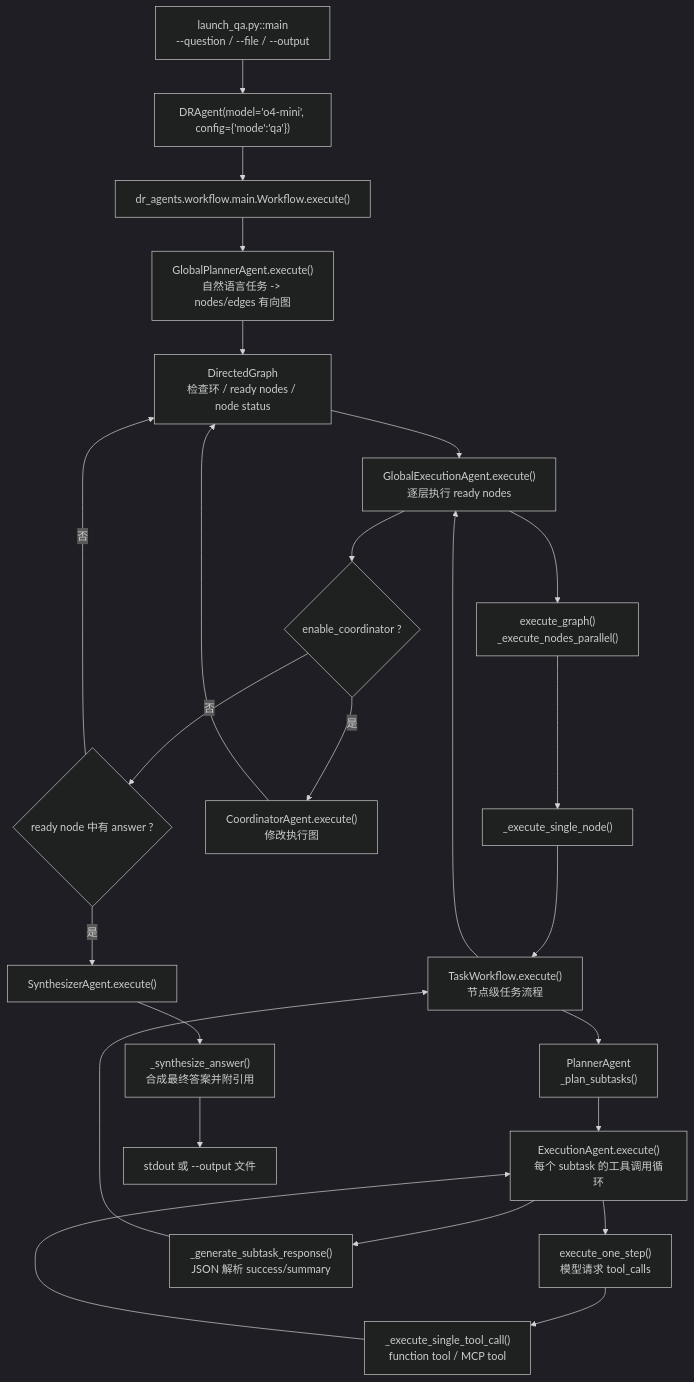
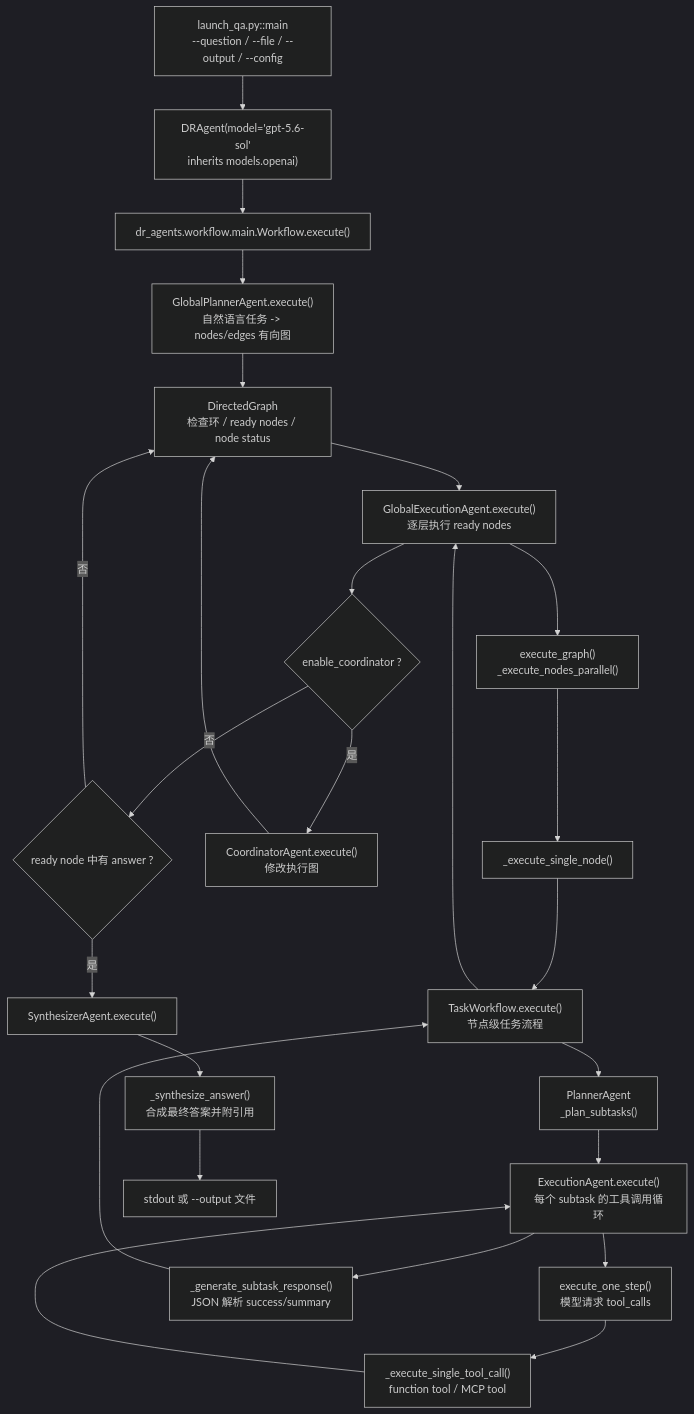
The sixth of 9 diagrams in architecture.md (v6582374-netizen/Vegapunk), drawn with Mermaid (dark theme) before and after one commit. The commit also changed 18 other files, not shown here.

````diff
--- a/architecture.md
+++ b/architecture.md
@@ -237,30 +237,30 @@
 ```mermaid
 flowchart TD
-    QA["launch_qa.py::main<br/>--question / --file / --output"] --> DRA["DRAgent(model='o4-mini', config={'mode':'qa'})"]
+    QA["launch_qa.py::main<br/>--question / --file / --output / --config"] --> DRA["DRAgent(model='gpt-5.6-sol'<br/>inherits models.openai)"]
     DRA --> WF["dr_agents.workflow.main.Workflow.execute()"]
 
     WF --> GP["GlobalPlannerAgent.execute()<br/>自然语言任务 -> nodes/edges 有向图"]
     GP --> DAG["DirectedGraph<br/>检查环 / ready nodes / node status"]
     DAG --> GE["GlobalExecutionAgent.execute()<br/>逐层执行 ready nodes"]
     GE --> Layer["execute_graph()<br/>_execute_nodes_parallel()"]
     Layer --> Node["_execute_single_node()"]
     Node --> TW["TaskWorkflow.execute()<br/>节点级任务流程"]
 
     TW --> TP["PlannerAgent<br/>_plan_subtasks()"]
     TP --> TE["ExecutionAgent.execute()<br/>每个 subtask 的工具调用循环"]
     TE --> ToolLoop["execute_one_step()<br/>模型请求 tool_calls"]
     ToolLoop --> ToolCall["_execute_single_tool_call()<br/>function tool / MCP tool"]
     ToolCall --> TE
     TE --> Sum["_generate_subtask_response()<br/>JSON 解析 success/summary"]
     Sum --> TW
     TW --> GE
 
     GE --> Coord{"enable_coordinator ?"}
     Coord -- 是 --> CA["CoordinatorAgent.execute()<br/>修改执行图"]
     CA --> DAG
     Coord -- 否 --> Ans{"ready node 中有 answer ?"}
     Ans -- 否 --> DAG
     Ans -- 是 --> Syn["SynthesizerAgent.execute()"]
     Syn --> Final["_synthesize_answer()<br/>合成最终答案并附引用"]
     Final --> Output["stdout 或 --output 文件"]
 ```
````
